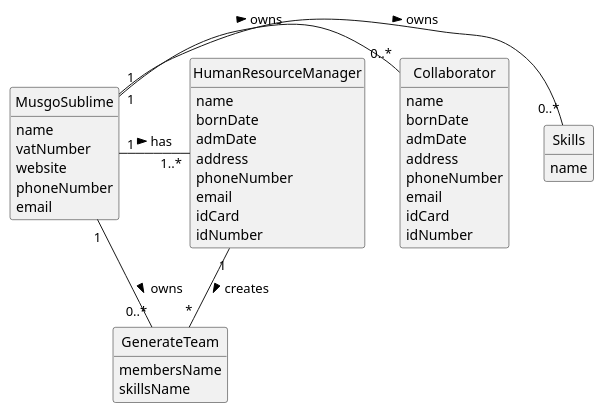
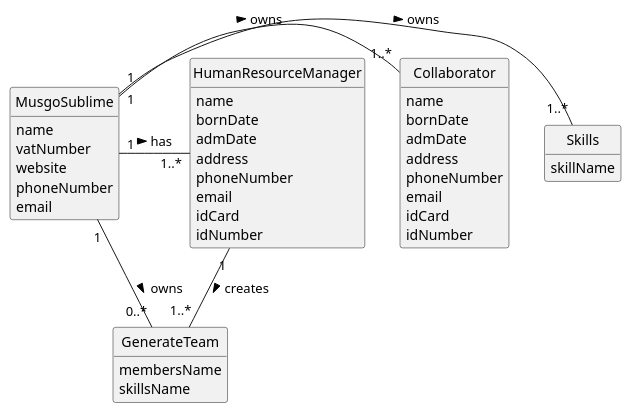
The diagram in docs/sprintA/us005/02.analysis/puml/us005-domain-model.puml (1231360-ISEP/lei-24-s2-1db-g021), drawn with PlantUML before and after one commit. The commit also changed 7 other files, not shown here.

```diff
--- a/docs/sprintA/us005/02.analysis/puml/us005-domain-model.puml
+++ b/docs/sprintA/us005/02.analysis/puml/us005-domain-model.puml
@@ -1,55 +1,55 @@
 @startuml
 skinparam monochrome true
 skinparam packageStyle rectangle
 skinparam shadowing false
 
 skinparam classAttributeIconSize 0
 
 hide circle
 hide methods
 
 class MusgoSublime {
     name
     vatNumber
     website
     phoneNumber
     email
 }
 
 class HumanResourceManager {
     name
     bornDate
     admDate
     address
     phoneNumber
     email
     idCard
     idNumber
 }
 
 class Skills {
-    name
+    skillName
 }
 
 class Collaborator {
     name
     bornDate
     admDate
     address
     phoneNumber
     email
     idCard
     idNumber
 }
 
 class GenerateTeam {
     membersName
     skillsName
 }
 
-MusgoSublime "1" - "0..*" Skills: owns >
-MusgoSublime "1" - "0..*" Collaborator: owns >
+MusgoSublime "1" - "1..*" Skills: owns >
+MusgoSublime "1" - "1..*" Collaborator: owns >
 MusgoSublime "1" - "1..*" HumanResourceManager : has >
 MusgoSublime "1" - "0..*" GenerateTeam: owns >
-HumanResourceManager "1" -- "*" GenerateTeam : creates >
+HumanResourceManager "1" -- "1..*" GenerateTeam : creates >
 @enduml
```
